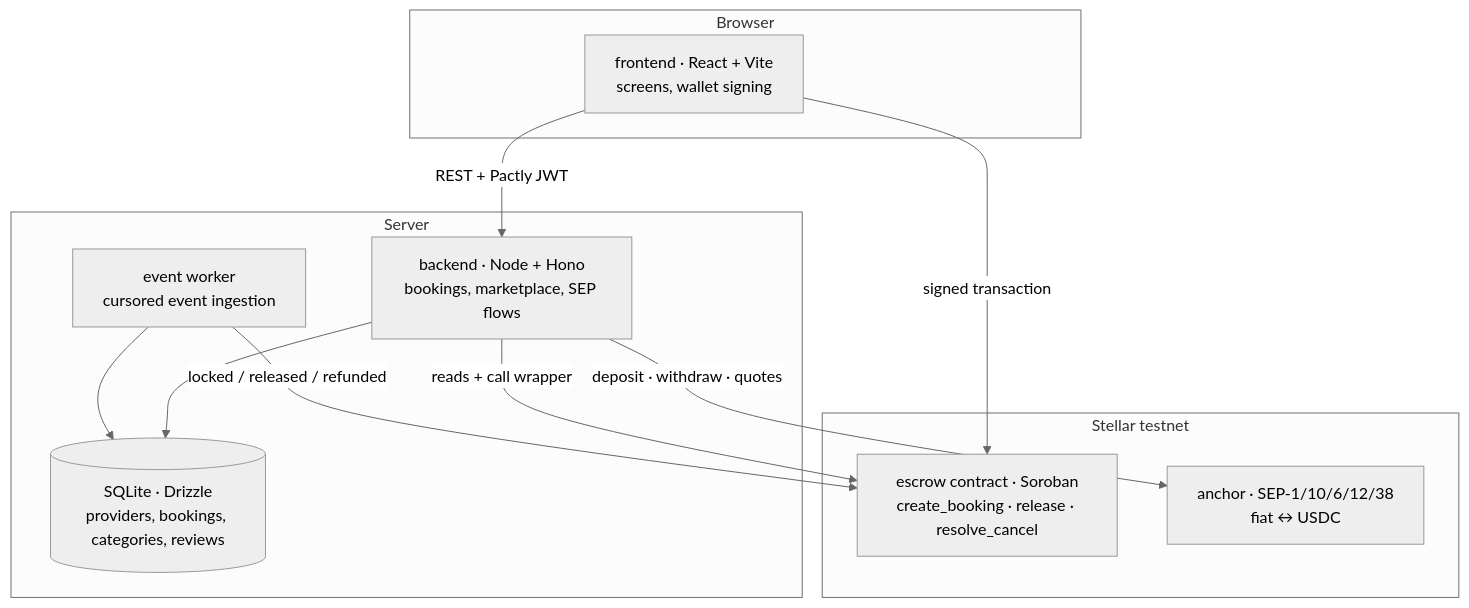
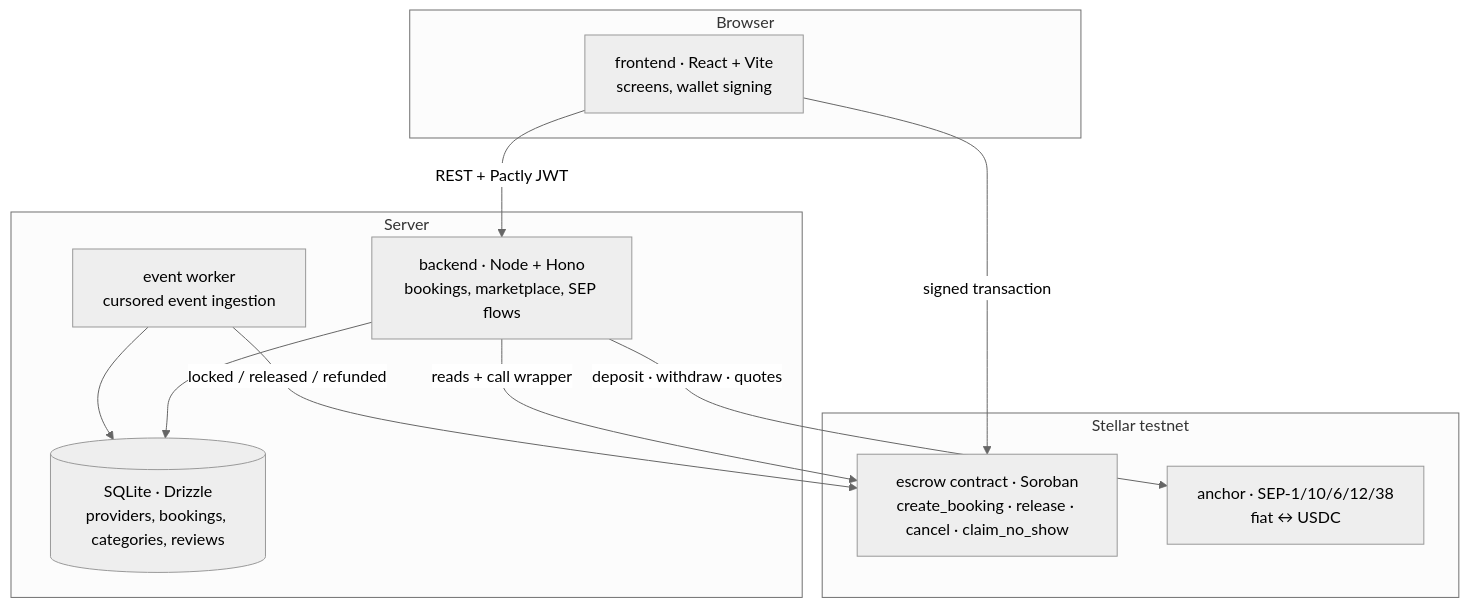
The diagram in README.md (CemAyyildiz/Pactly), drawn with Mermaid (neutral theme) before and after one commit. The commit also changed other lines of this file and 5 other files, not shown here.

````diff
--- a/README.md
+++ b/README.md
@@ -28,23 +28,23 @@
 ```mermaid
 graph TD
   subgraph client["Browser"]
     FE["frontend · React + Vite<br/>screens, wallet signing"]
   end
   subgraph server["Server"]
     BE["backend · Node + Hono<br/>bookings, marketplace, SEP flows"]
     EW["event worker<br/>cursored event ingestion"]
     DB[("SQLite · Drizzle<br/>providers, bookings, categories, reviews")]
   end
   subgraph chain["Stellar testnet"]
-    CT["escrow contract · Soroban<br/>create_booking · release · resolve_cancel"]
+    CT["escrow contract · Soroban<br/>create_booking · release · cancel · claim_no_show"]
     AN["anchor · SEP-1/10/6/12/38<br/>fiat ↔ USDC"]
   end
 
   FE -->|"REST + Pactly JWT"| BE
   FE -->|"signed transaction"| CT
   BE --> DB
   BE -->|"reads + call wrapper"| CT
   BE -->|"deposit · withdraw · quotes"| AN
   EW -->|"locked / released / refunded"| CT
   EW --> DB
 ```
````
